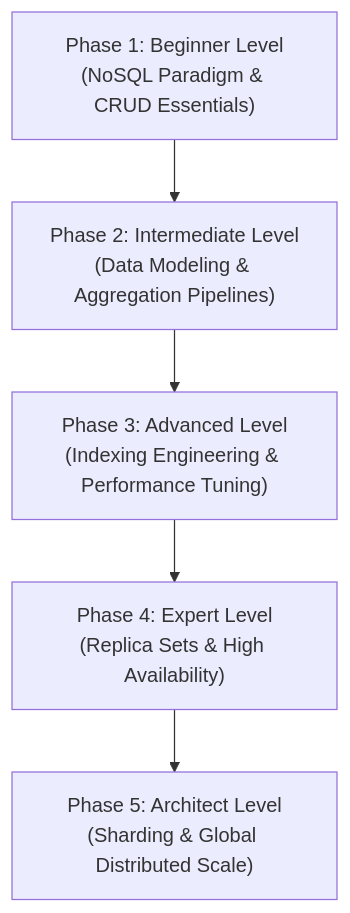
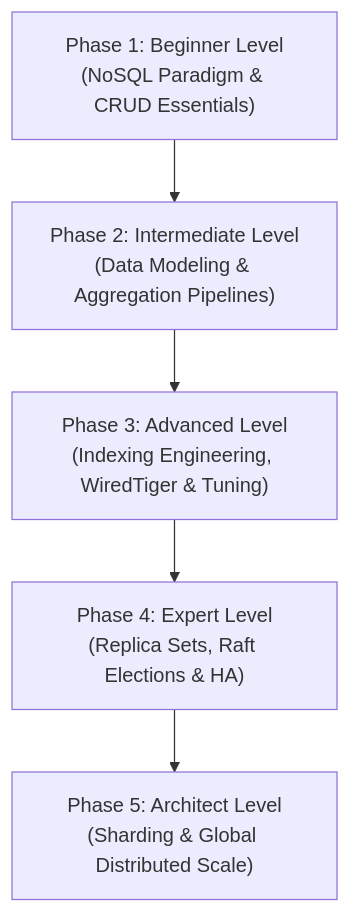
The diagram in Learn/MongoDB.md (nikrunic/Interview-Questions), drawn with Mermaid before and after one commit. The commit also changed other lines of this file and 4 other files, not shown here.

````diff
--- a/Learn/MongoDB.md
+++ b/Learn/MongoDB.md
@@ -11,13 +11,13 @@
 ```mermaid
 graph TD
     A["Phase 1: Beginner Level<br/>(NoSQL Paradigm & CRUD Essentials)"]
     B["Phase 2: Intermediate Level<br/>(Data Modeling & Aggregation Pipelines)"]
-    C["Phase 3: Advanced Level<br/>(Indexing Engineering & Performance Tuning)"]
-    D["Phase 4: Expert Level<br/>(Replica Sets & High Availability)"]
+    C["Phase 3: Advanced Level<br/>(Indexing Engineering, WiredTiger & Tuning)"]
+    D["Phase 4: Expert Level<br/>(Replica Sets, Raft Elections & HA)"]
     E["Phase 5: Architect Level<br/>(Sharding & Global Distributed Scale)"]
     
     A --> B
     B --> C
     C --> D
     D --> E
 ```
````
